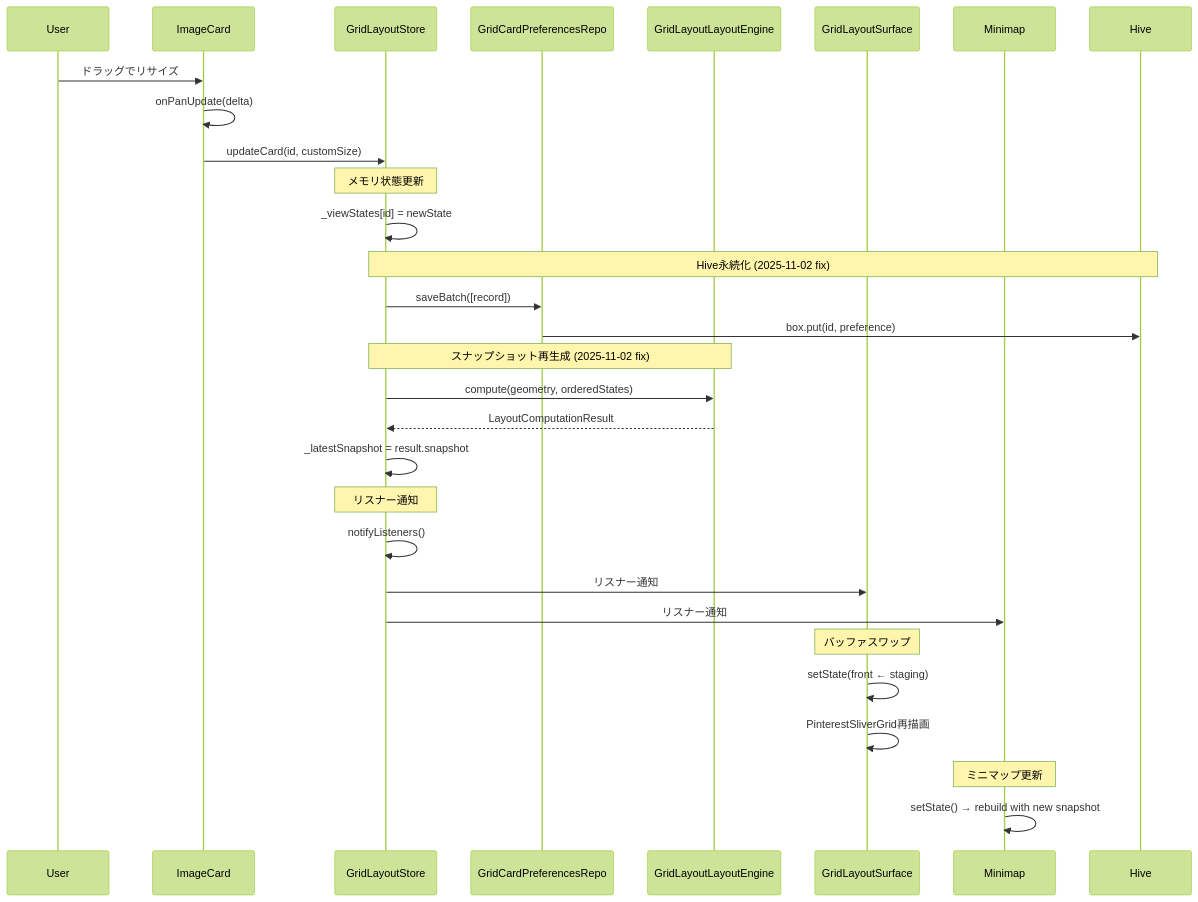
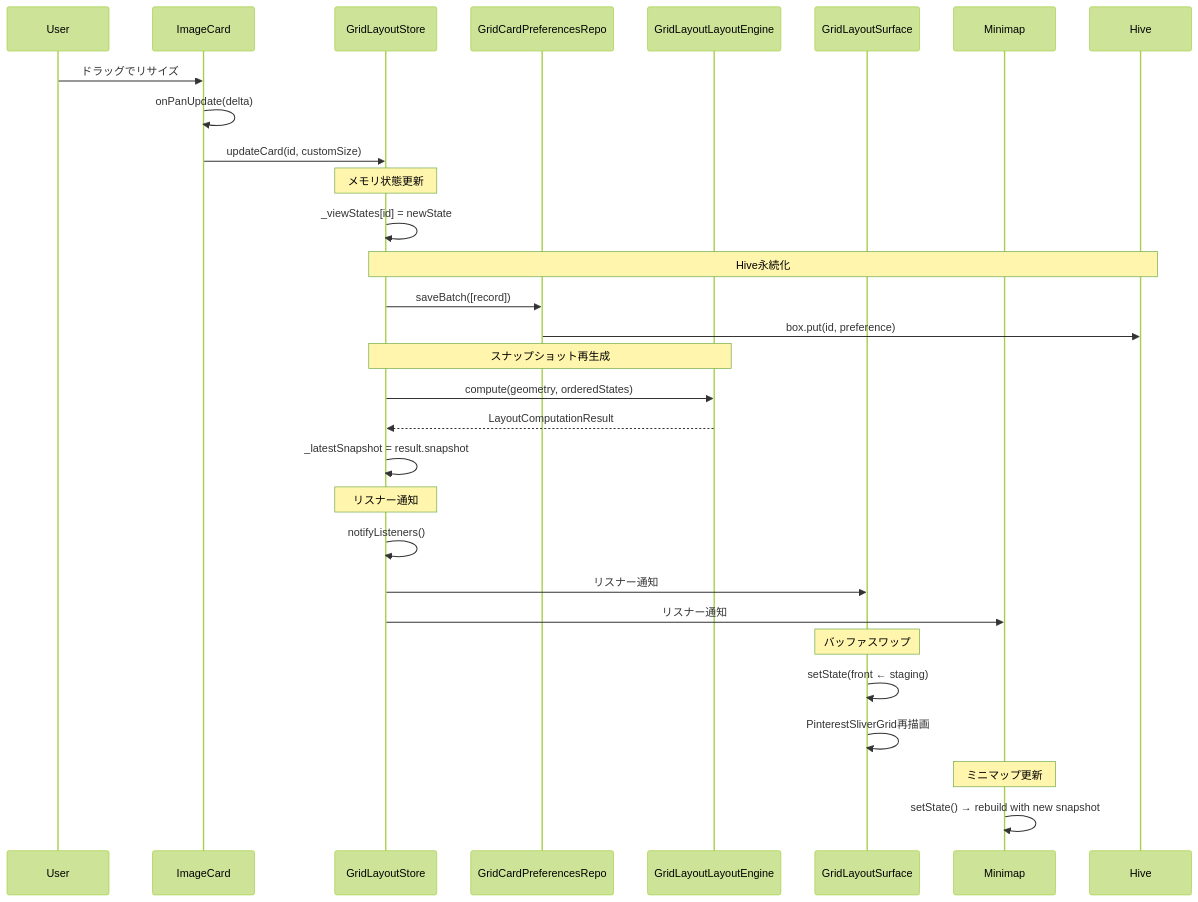
Before and after one commit to lietsee/clip-pix: the sixth of 11 diagrams in docs/architecture/data_flow.md, drawn with Mermaid (forest theme). The commit also changed other lines of this file and 13 other files, not shown here.

````diff
--- a/docs/architecture/data_flow.md
+++ b/docs/architecture/data_flow.md
@@ -155,39 +211,39 @@
 ```mermaid
 sequenceDiagram
     participant User
     participant IC as ImageCard
     participant GLS as GridLayoutStore
     participant GCPR as GridCardPreferencesRepo
     participant Engine as GridLayoutLayoutEngine
     participant Surface as GridLayoutSurface
     participant Minimap as Minimap
     participant Hive
 
     User->>IC: ドラッグでリサイズ
     IC->>IC: onPanUpdate(delta)
     IC->>GLS: updateCard(id, customSize)
 
     Note over GLS: メモリ状態更新
     GLS->>GLS: _viewStates[id] = newState
 
-    Note over GLS,Hive: Hive永続化 (2025-11-02 fix)
+    Note over GLS,Hive: Hive永続化
     GLS->>GCPR: saveBatch([record])
     GCPR->>Hive: box.put(id, preference)
 
-    Note over GLS,Engine: スナップショット再生成 (2025-11-02 fix)
+    Note over GLS,Engine: スナップショット再生成
     GLS->>Engine: compute(geometry, orderedStates)
     Engine-->>GLS: LayoutComputationResult
     GLS->>GLS: _latestSnapshot = result.snapshot
 
     Note over GLS: リスナー通知
     GLS->>GLS: notifyListeners()
     GLS->>Surface: リスナー通知
     GLS->>Minimap: リスナー通知
 
     Note over Surface: バッファスワップ
     Surface->>Surface: setState(front ← staging)
     Surface->>Surface: PinterestSliverGrid再描画
 
     Note over Minimap: ミニマップ更新
     Minimap->>Minimap: setState() → rebuild with new snapshot
 ```
````
